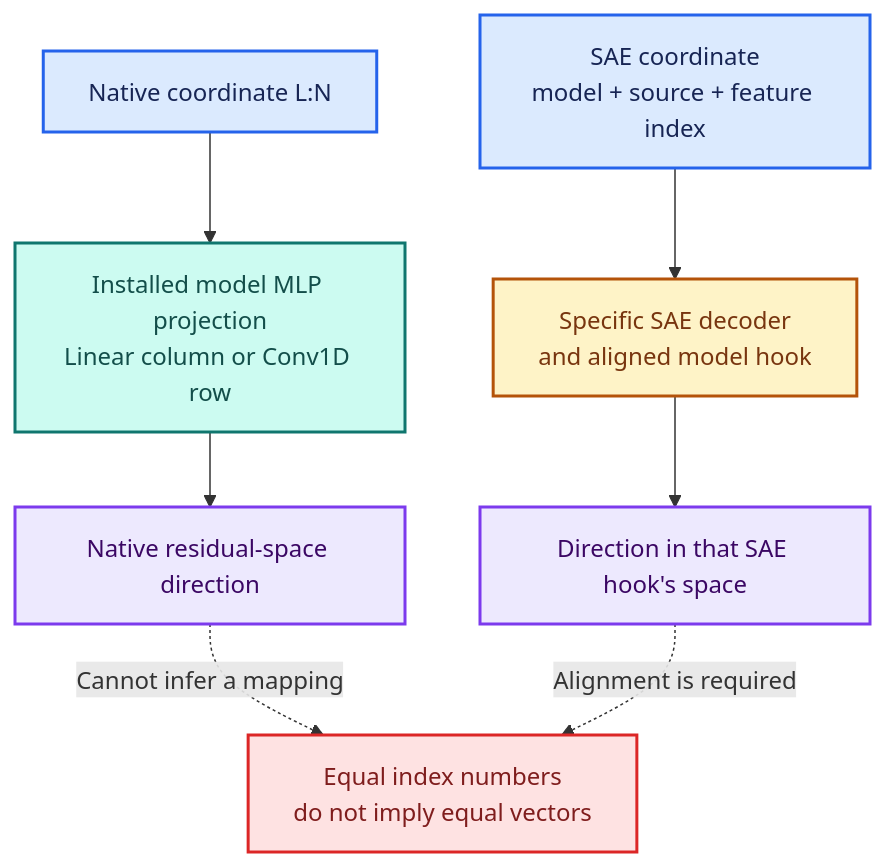
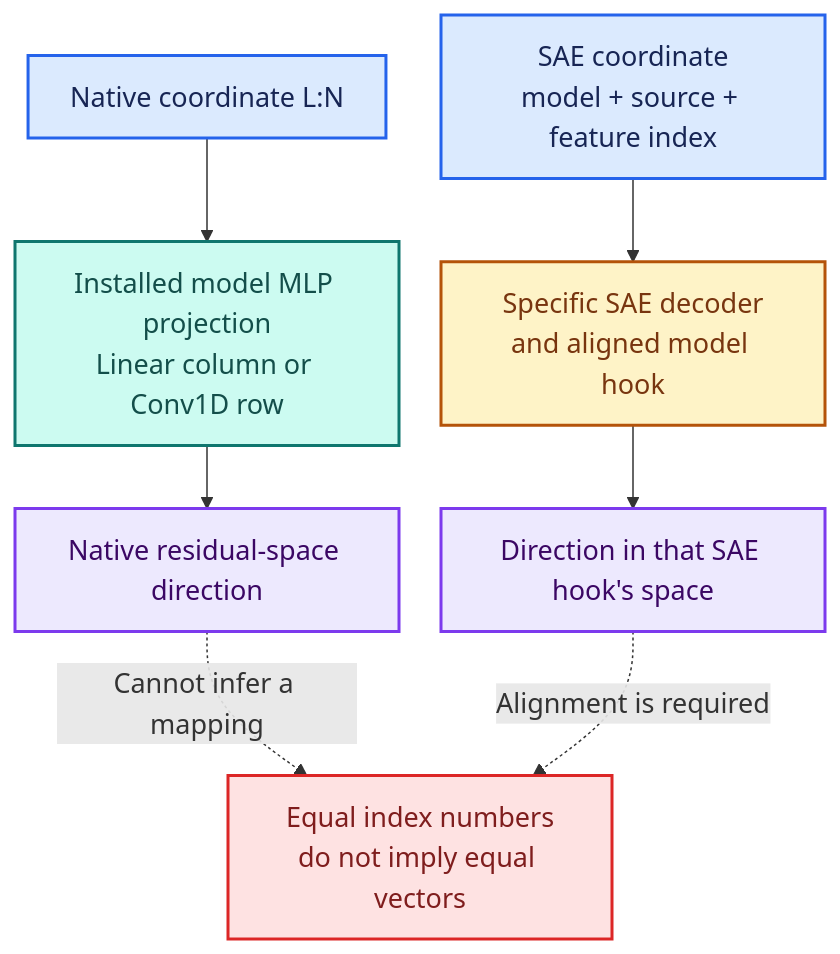
Diagram 14 of 16 in VISUAL_GUIDE.md (djayuffe/neuron-steer), drawn with Mermaid before and after one commit. The commit also changed other lines of this file and 6 other files, not shown here.

Commit message:
Improve reading paths, diagram typography and ELI5 concept explanations

````diff
--- a/VISUAL_GUIDE.md
+++ b/VISUAL_GUIDE.md
@@ -525,17 +830,29 @@
 ```mermaid
+---
+config:
+  fontFamily: Arial, Helvetica, sans-serif
+  fontSize: 18
+  themeVariables:
+    fontFamily: Arial, Helvetica, sans-serif
+    fontSize: 18px
+  flowchart:
+    nodeSpacing: 28
+    rankSpacing: 42
+    padding: 14
+---
 flowchart TB
   accTitle: Native neurons and SAE features are different coordinate systems
   accDescr: Native neuron coordinates select a model MLP projection vector. An SAE latent index requires a specific decoder, model and hook. Equal numbers do not imply equal directions.
   N["Native coordinate L:N"]:::input --> V["Installed model MLP projection<br/>Linear column or Conv1D row"]:::local
   V --> R["Native residual-space direction"]:::evidence
   S["SAE coordinate<br/>model + source + feature index"]:::input --> D["Specific SAE decoder<br/>and aligned model hook"]:::choice
   D --> H["Direction in that SAE hook's space"]:::evidence
   R -. "Cannot infer a mapping" .-> X["Equal index numbers<br/>do not imply equal vectors"]:::limit
   H -. "Alignment is required" .-> X
   classDef input fill:#DBEAFE,stroke:#2563EB,color:#172554,stroke-width:2px;
   classDef local fill:#CCFBF1,stroke:#0F766E,color:#134E4A,stroke-width:2px;
   classDef choice fill:#FEF3C7,stroke:#B45309,color:#78350F,stroke-width:2px;
   classDef evidence fill:#EDE9FE,stroke:#7C3AED,color:#3B0764,stroke-width:2px;
   classDef remote fill:#FCE7F3,stroke:#BE185D,color:#831843,stroke-width:2px;
   classDef limit fill:#FEE2E2,stroke:#DC2626,color:#7F1D1D,stroke-width:2px;
 ```
````
